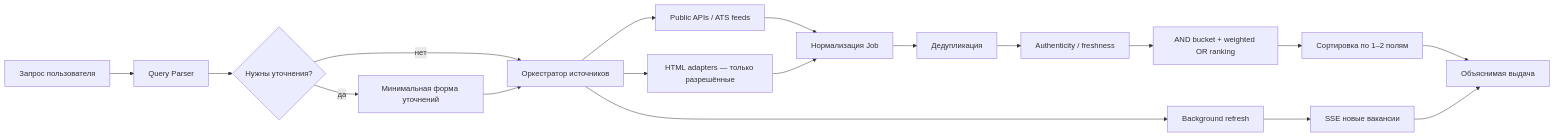
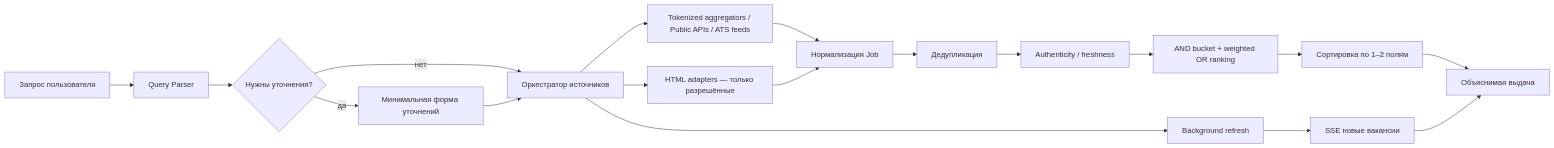
Before and after one commit to Drumikk/VacantionHunter: the diagram in docs/ARCHITECTURE.md, drawn with Mermaid. The commit also changed other lines of this file and 30 other files, not shown here.

````diff
--- a/docs/ARCHITECTURE.md
+++ b/docs/ARCHITECTURE.md
@@ -7,20 +7,20 @@
 ```mermaid
 flowchart LR
   Q[Запрос пользователя] --> P[Query Parser]
   P --> C{Нужны уточнения?}
   C -->|да| UI[Минимальная форма уточнений]
   C -->|нет| O[Оркестратор источников]
   UI --> O
-  O --> A[Public APIs / ATS feeds]
+  O --> A[Tokenized aggregators / Public APIs / ATS feeds]
   O --> H[HTML adapters — только разрешённые]
   A --> N[Нормализация Job]
   H --> N
   N --> D[Дедупликация]
   D --> V[Authenticity / freshness]
   V --> R[AND bucket + weighted OR ranking]
   R --> S[Сортировка по 1–2 полям]
   S --> X[Объяснимая выдача]
   O --> B[Background refresh]
   B --> E[SSE новые вакансии]
   E --> X
 ```
````
